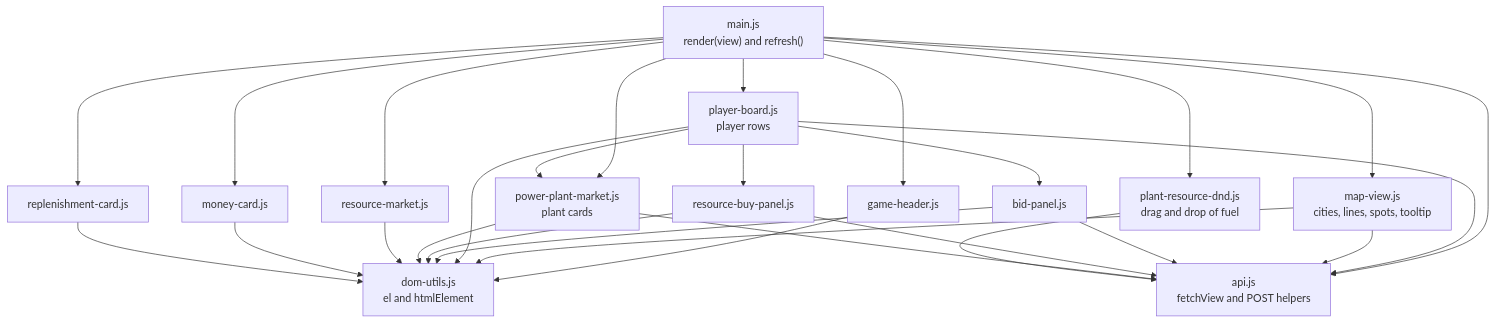
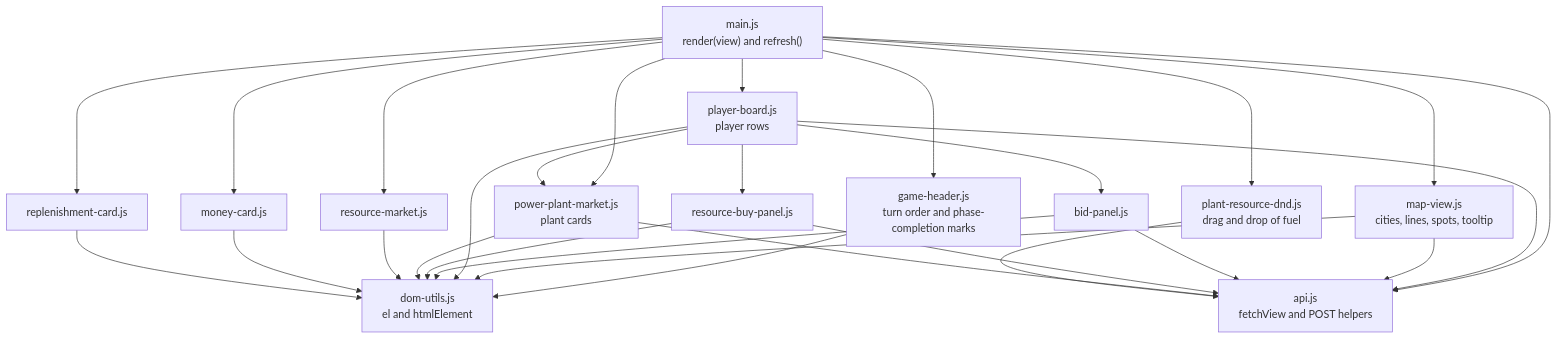
The diagram in docs/diagrams/03-frontend-modules.md (runnindrk/power-grid), drawn with Mermaid before and after one commit. The commit also changed other lines of this file and 44 other files, not shown here.

````diff
--- a/docs/diagrams/03-frontend-modules.md
+++ b/docs/diagrams/03-frontend-modules.md
@@ -5,48 +5,48 @@
 ```mermaid
 flowchart TD
     main["main.js<br/>render(view) and refresh()"]
     api["api.js<br/>fetchView and POST helpers"]
     dom["dom-utils.js<br/>el and htmlElement"]
 
-    header["game-header.js"]
+    header["game-header.js<br/>turn order and phase-completion marks"]
     map["map-view.js<br/>cities, lines, spots, tooltip"]
     board["player-board.js<br/>player rows"]
     bid["bid-panel.js"]
     buy["resource-buy-panel.js"]
     plants["power-plant-market.js<br/>plant cards"]
     dnd["plant-resource-dnd.js<br/>drag and drop of fuel"]
     market["resource-market.js"]
     money["money-card.js"]
     repl["replenishment-card.js"]
 
     main --> header
     main --> map
     main --> board
     main --> plants
     main --> market
     main --> money
     main --> repl
     main --> dnd
     main --> api
 
     board --> bid
     board --> buy
     board --> plants
     board --> api
 
     map --> api
     bid --> api
     buy --> api
     plants --> api
     dnd --> api
 
     header --> dom
     map --> dom
     board --> dom
     bid --> dom
     buy --> dom
     plants --> dom
     market --> dom
     money --> dom
     repl --> dom
 ```
````
